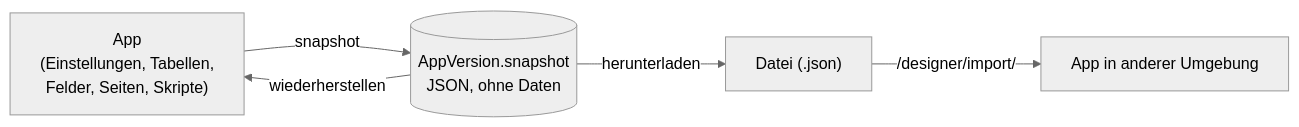
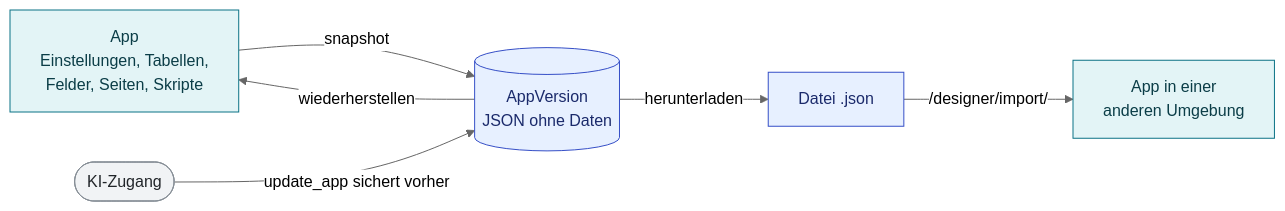
Before and after one commit to Turksat46/Baukasten: diagram 13 of 15 in docs/TECHNISCHE_DOKUMENTATION.md, drawn with Mermaid (neutral theme). The commit also changed other lines of this file, not shown here.

Commit message:
Technische Dokumentation: Inhalt gegen den Code geprüft, Diagramme neu gestaltet

````diff
--- a/docs/TECHNISCHE_DOKUMENTATION.md
+++ b/docs/TECHNISCHE_DOKUMENTATION.md
@@ -579,7 +732,15 @@
 ```mermaid
 flowchart LR
-    APP["App<br/>(Einstellungen, Tabellen,<br/>Felder, Seiten, Skripte)"] -->|snapshot| V[("AppVersion.snapshot<br/>JSON, ohne Daten")]
-    V -->|wiederherstellen| APP
-    V -->|herunterladen| F["Datei (.json)"]
-    F -->|/designer/import/| APP2["App in anderer Umgebung"]
+    APP["App<br/>Einstellungen, Tabellen,<br/>Felder, Seiten, Skripte"] -- snapshot --> V[("AppVersion<br/>JSON ohne Daten")]
+    V -- wiederherstellen --> APP
+    V -- herunterladen --> F["Datei .json"]
+    F -- "/designer/import/" --> APP2["App in einer<br/>anderen Umgebung"]
+    KI(["KI-Zugang"]) -- "update_app sichert vorher" --> V
+
+    classDef web fill:#e3f4f6,stroke:#0b7285,color:#0b3d47
+    classDef data fill:#e7f0ff,stroke:#364fc7,color:#1b2a6b
+    classDef ext fill:#f1f3f5,stroke:#868e96,color:#212529
+    class APP,APP2 web
+    class V,F data
+    class KI ext
 ```
````
